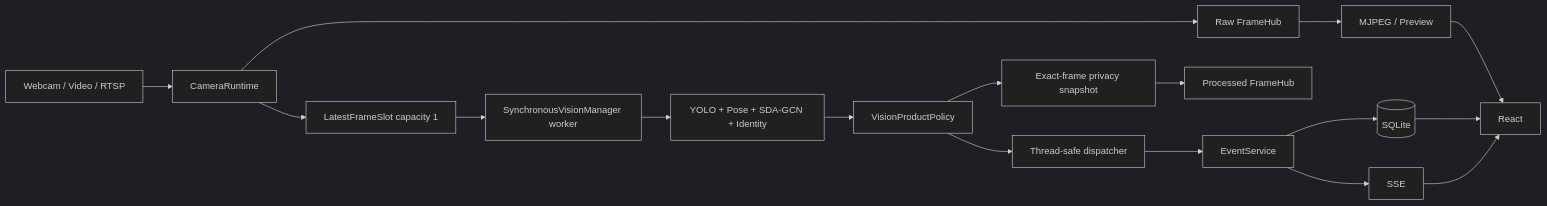
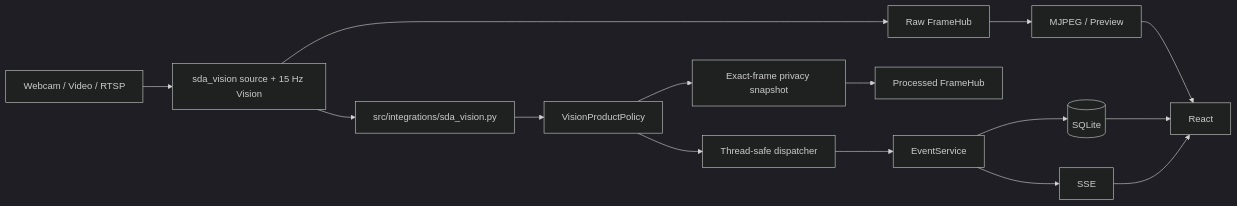
One commit to daoquocdai/P227 changed the diagram in README.md. Above: the diagram before and after it, drawn with Mermaid (dark theme). The commit also changed other lines of this file and 13 other files, not shown here.

Commit message:
refactor(vision): harden SDA integration boundary

````diff
--- a/README.md
+++ b/README.md
@@ -146,19 +137,17 @@
 ```mermaid
 flowchart LR
-    SOURCE[Webcam / Video / RTSP] --> CAPTURE[CameraRuntime]
-    CAPTURE --> RAW[Raw FrameHub]
+    SOURCE[Webcam / Video / RTSP] --> SDA[sda_vision source + 15 Hz Vision]
+    SDA --> RAW[Raw FrameHub]
     RAW --> STREAM[MJPEG / Preview]
-    CAPTURE --> SLOT[LatestFrameSlot capacity 1]
-    SLOT --> VISION[SynchronousVisionManager worker]
-    VISION --> PIPE[YOLO + Pose + SDA-GCN + Identity]
-    PIPE --> POLICY[VisionProductPolicy]
+    SDA --> ADAPTER[src/integrations/sda_vision.py]
+    ADAPTER --> POLICY[VisionProductPolicy]
     POLICY --> SNAP[Exact-frame privacy snapshot]
     SNAP --> PROCESSED[Processed FrameHub]
     POLICY --> DISPATCH[Thread-safe dispatcher]
     DISPATCH --> EVENT[EventService]
     EVENT --> DB[(SQLite)]
     EVENT --> SSE[SSE]
     STREAM --> UI[React]
     DB --> UI
     SSE --> UI
 ```
````
